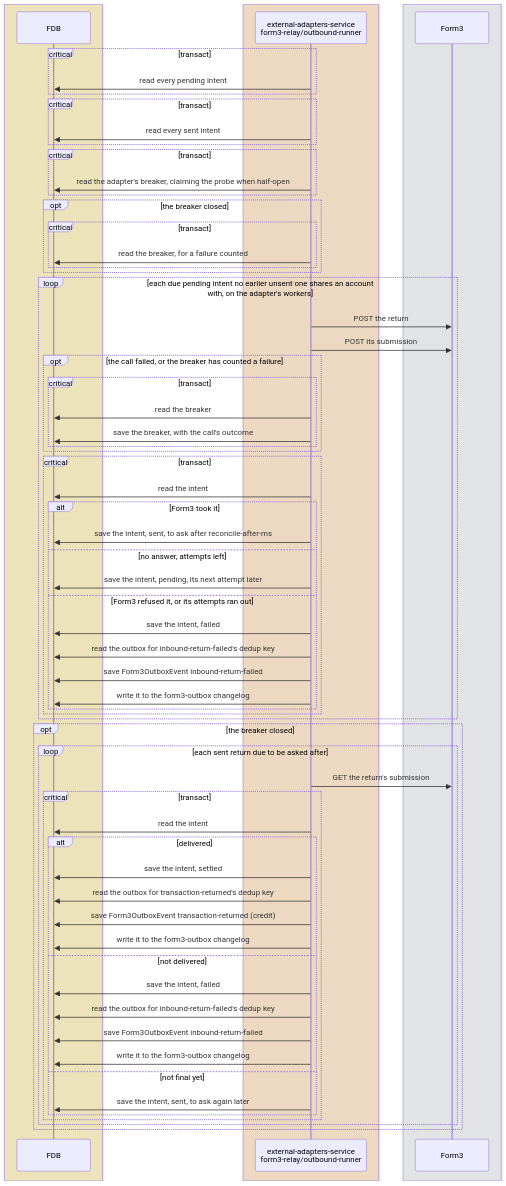
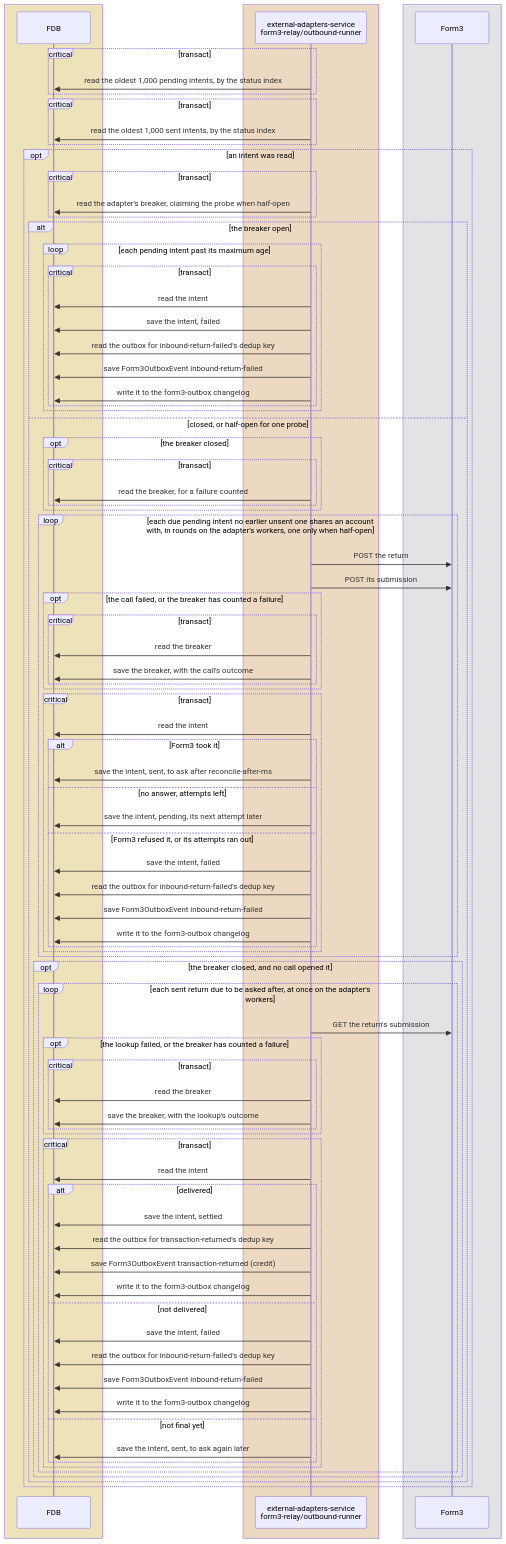
Before and after one commit to repldriven/queenswood: diagram 14 of 15 in docs/tdd/payments-inbound.md, drawn with Mermaid. The commit also changed other lines of this file and 29 other files, not shown here.

````diff
--- a/docs/tdd/payments-inbound.md
+++ b/docs/tdd/payments-inbound.md
@@ -689,20 +763,32 @@
     participant PR as Form3
     end
     critical transact
-    IP->>DB: read every pending intent
+    IP->>DB: read the oldest 1,000 pending intents, by the status index
     end
     critical transact
-    IP->>DB: read every sent intent
+    IP->>DB: read the oldest 1,000 sent intents, by the status index
     end
+    opt an intent was read
     critical transact
     IP->>DB: read the adapter's breaker, claiming the probe when half-open
     end
+    alt the breaker open
+    loop each pending intent past its maximum age
+    critical transact
+    IP->>DB: read the intent
+    IP->>DB: save the intent, failed
+    IP->>DB: read the outbox for inbound-return-failed's dedup key
+    IP->>DB: save Form3OutboxEvent inbound-return-failed
+    IP->>DB: write it to the form3-outbox changelog
+    end
+    end
+    else closed, or half-open for one probe
     opt the breaker closed
     critical transact
     IP->>DB: read the breaker, for a failure counted
     end
     end
-    loop each due pending intent no earlier unsent one shares an account with, on the adapter's workers
+    loop each due pending intent no earlier unsent one shares an account with, in rounds on the adapter's workers, one only when half-open
     IP->>PR: POST the return
     IP->>PR: POST its submission
     opt the call failed, or the breaker has counted a failure
@@ -725,9 +811,15 @@
     end
     end
     end
-    opt the breaker closed
-    loop each sent return due to be asked after
+    opt the breaker closed, and no call opened it
+    loop each sent return due to be asked after, at once on the adapter's workers
     IP->>PR: GET the return's submission
+    opt the lookup failed, or the breaker has counted a failure
+    critical transact
+    IP->>DB: read the breaker
+    IP->>DB: save the breaker, with the lookup's outcome
+    end
+    end
     critical transact
     IP->>DB: read the intent
     alt delivered
@@ -746,4 +838,6 @@
     end
     end
     end
+    end
+    end
 ```
````
